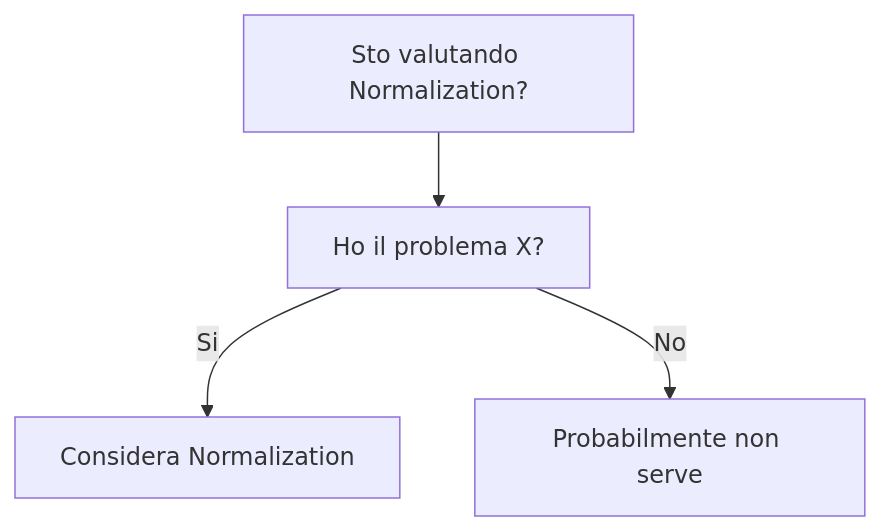
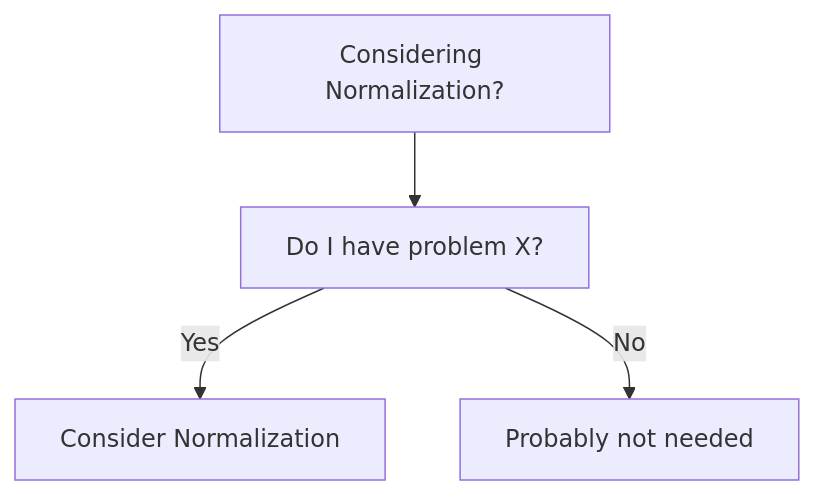
The diagram in dev-wiki/06_Data_Storage/Normalization/When_To_Use.md (HxT9/Software-Dev-Wiki), drawn with Mermaid before and after one commit. The commit also changed other lines of this file and 3444 other files, not shown here.

````diff
--- a/dev-wiki/06_Data_Storage/Normalization/When_To_Use.md
+++ b/dev-wiki/06_Data_Storage/Normalization/When_To_Use.md
@@ -19,6 +19,6 @@
 ```mermaid
 flowchart TD
-  Q[Sto valutando Normalization?] --> Q1[Ho il problema X?]
-  Q1 -->|Si| OK[Considera Normalization]
-  Q1 -->|No| NO[Probabilmente non serve]
+  Q[Considering Normalization?] --> Q1[Do I have problem X?]
+  Q1 -->|Yes| OK[Consider Normalization]
+  Q1 -->|No| NO[Probably not needed]
 ```
````
